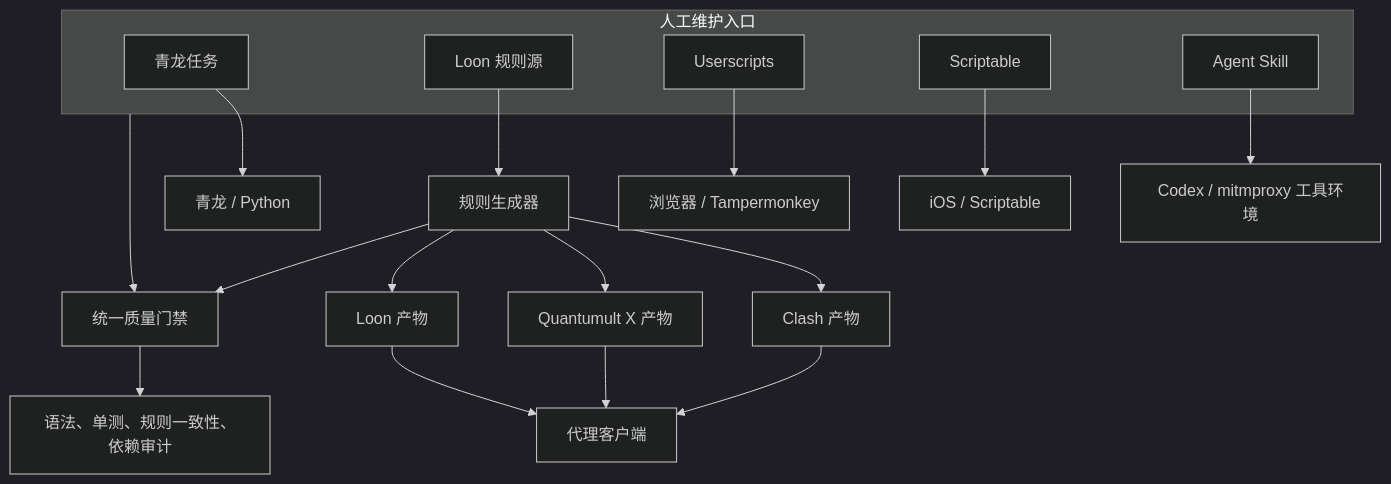
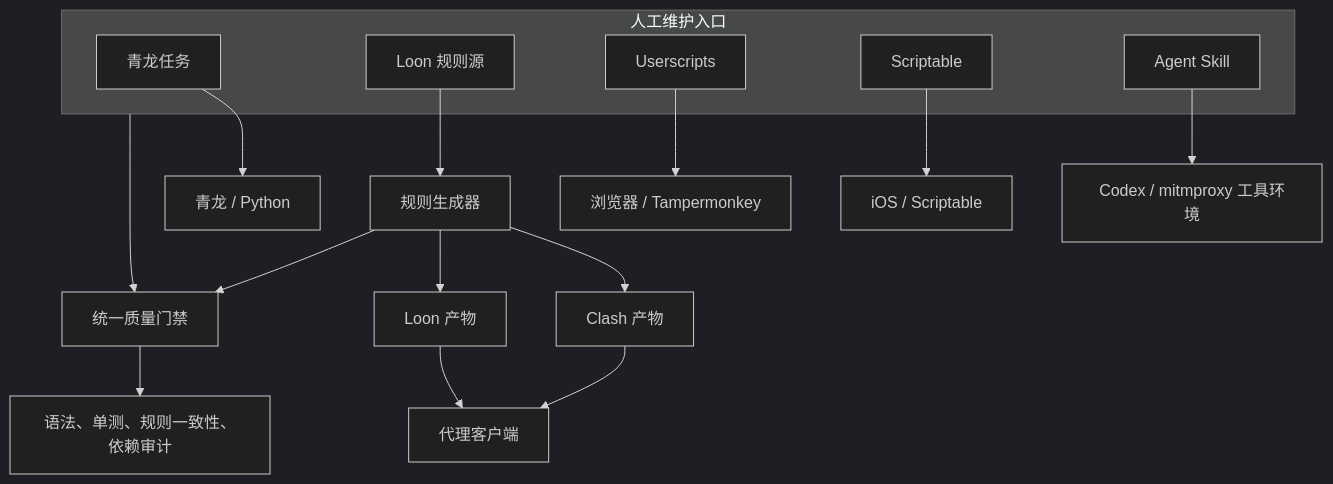
The first of 2 diagrams in docs/architecture.md (xp9477/xp-toolkit), drawn with Mermaid (dark theme) before and after one commit. The commit also changed other lines of this file and 13 other files, not shown here.

````diff
--- a/docs/architecture.md
+++ b/docs/architecture.md
@@ -10,27 +10,25 @@
 ```mermaid
 flowchart TB
   subgraph Inputs[人工维护入口]
     QL[青龙任务]
     UL[Loon 规则源]
     US[Userscripts]
     SC[Scriptable]
     SK[Agent Skill]
   end
 
   UL --> GEN[规则生成器]
   GEN --> CL[Clash 产物]
-  GEN --> QX[Quantumult X 产物]
   GEN --> LO[Loon 产物]
 
   QL --> QLR[青龙 / Python]
   US --> BR[浏览器 / Tampermonkey]
   SC --> IOS[iOS / Scriptable]
   SK --> AG[Codex / mitmproxy 工具环境]
   CL --> PC[代理客户端]
-  QX --> PC
   LO --> PC
 
   Inputs --> CI[统一质量门禁]
   GEN --> CI
   CI --> TESTS[语法、单测、规则一致性、依赖审计]
 ```
````
